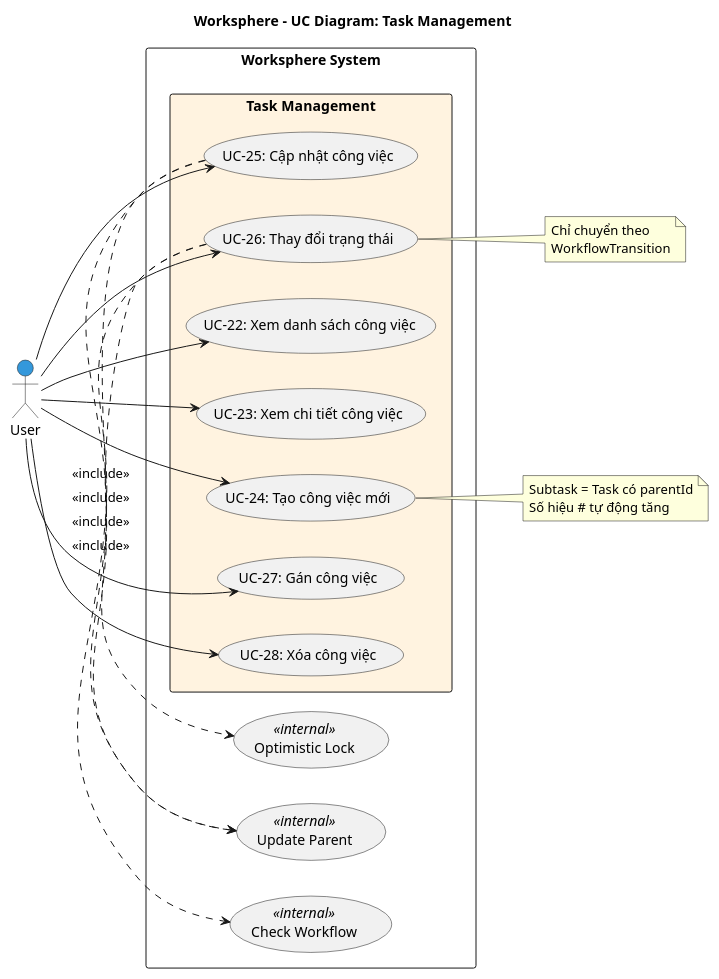
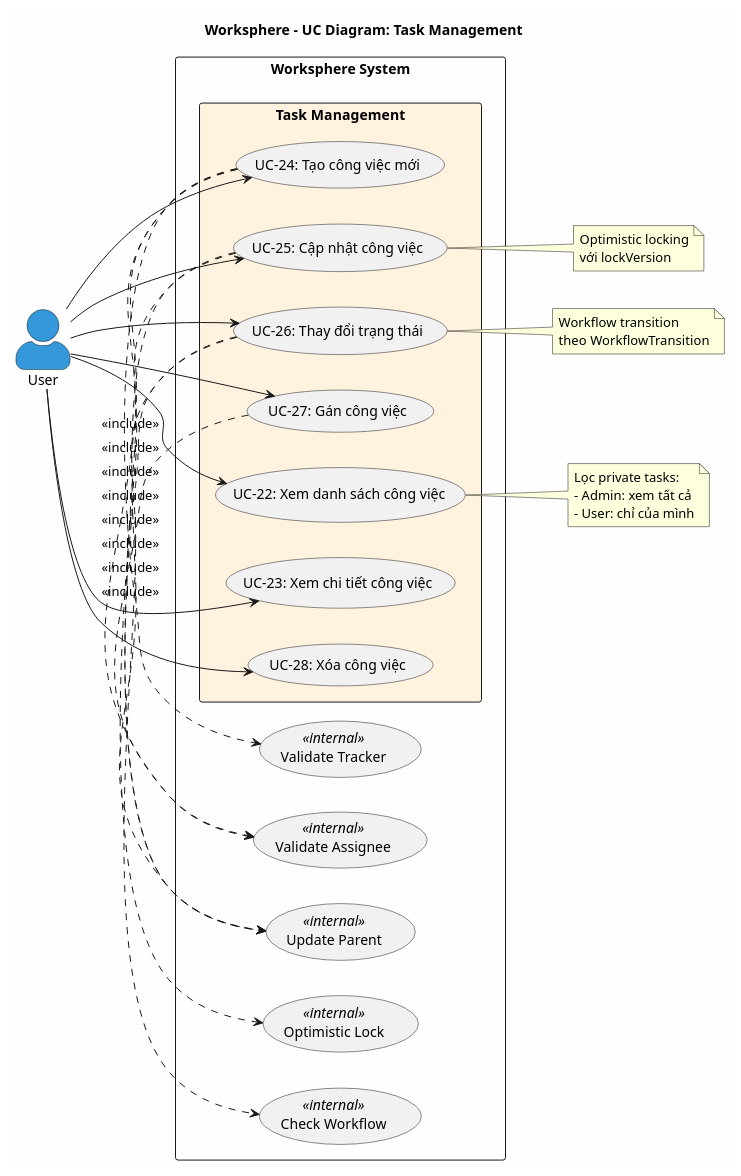
The diagram in docs/usecases/06-task-management.md (docuong039/worksphere), drawn with PlantUML before and after one commit. The commit also changed other lines of this file and 44 other files, not shown here.

Commit message:
update diagram trong docs

````diff
--- a/docs/usecases/06-task-management.md
+++ b/docs/usecases/06-task-management.md
@@ -17,49 +32,63 @@
 ```plantuml
 @startuml
 left to right direction
 skinparam packageStyle rectangle
+skinparam actorStyle awesome
+skinparam backgroundColor #FEFEFE
 
 title Worksphere - UC Diagram: Task Management
 
 actor "User" as User #3498DB
 
 rectangle "Worksphere System" {
   package "Task Management" #FFF3E0 {
     usecase "UC-22: Xem danh sách công việc" as UC22
     usecase "UC-23: Xem chi tiết công việc" as UC23
     usecase "UC-24: Tạo công việc mới" as UC24
     usecase "UC-25: Cập nhật công việc" as UC25
     usecase "UC-26: Thay đổi trạng thái" as UC26
     usecase "UC-27: Gán công việc" as UC27
     usecase "UC-28: Xóa công việc" as UC28
   }
   
   usecase "Check Workflow" as UC_WF <<internal>>
   usecase "Update Parent" as UC_PAR <<internal>>
   usecase "Optimistic Lock" as UC_LOCK <<internal>>
+  usecase "Validate Tracker" as UC_TRK <<internal>>
+  usecase "Validate Assignee" as UC_ASS <<internal>>
 }
 
 User --> UC22
 User --> UC23
 User --> UC24
 User --> UC25
 User --> UC26
 User --> UC27
 User --> UC28
 
+UC24 .> UC_TRK : <<include>>
+UC24 .> UC_ASS : <<include>>
+UC24 .> UC_PAR : <<include>>
 UC25 .> UC_LOCK : <<include>>
 UC25 .> UC_PAR : <<include>>
 UC26 .> UC_WF : <<include>>
 UC26 .> UC_PAR : <<include>>
+UC27 .> UC_ASS : <<include>>
 
-note right of UC24
-  Subtask = Task có parentId
-  Số hiệu # tự động tăng
+note right of UC22
+  Lọc private tasks:
+  - Admin: xem tất cả
+  - User: chỉ của mình
+end note
+
+note right of UC25
+  Optimistic locking
+  với lockVersion
 end note
 
 note right of UC26
-  Chỉ chuyển theo
-  WorkflowTransition
+  Workflow transition
+  theo WorkflowTransition
 end note
 @enduml
 ```
````
